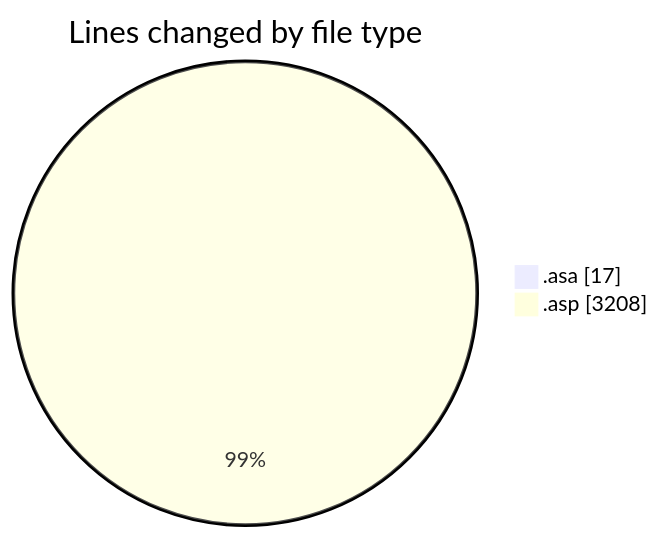
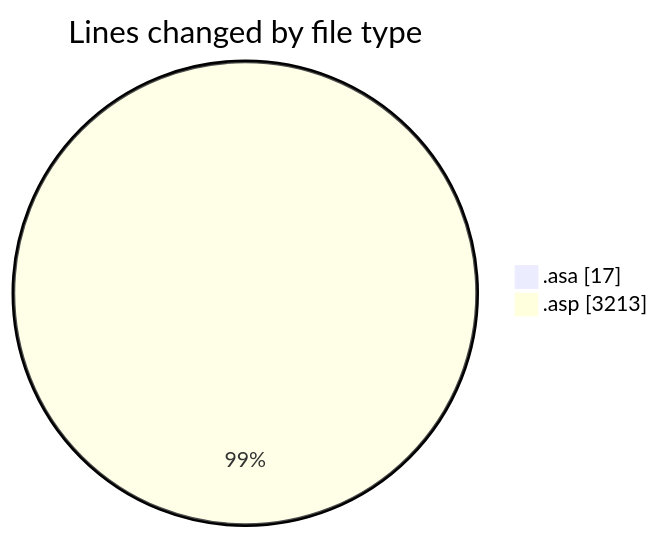
Before and after one commit to julien-gomy/code-tracking: the first of 2 diagrams in 2025-11-06/usr_aleoudev_fr__workspace_/README.md, drawn with Mermaid. The commit also changed other lines of this file and 1 other file, not shown here.

````diff
--- a/2025-11-06/usr_aleoudev_fr__workspace_/README.md
+++ b/2025-11-06/usr_aleoudev_fr__workspace_/README.md
@@ -22,6 +22,6 @@
 ```mermaid
 pie showData
 title Lines changed by file type
 ".asa" : 17
-".asp" : 3208
+".asp" : 3213
 ```
````
